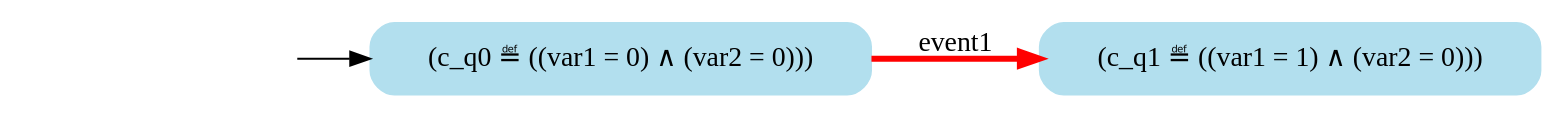
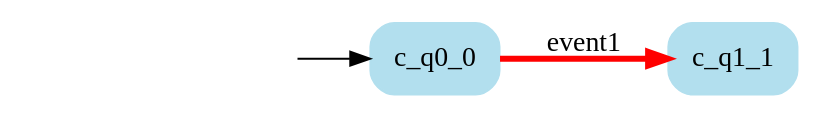
The diagram in resources/outputs/simple/default/uua4.dot (stratosphr/Stratest), drawn with Graphviz before and after one commit. The commit also changed 642 other files, not shown here.

```diff
--- a/resources/outputs/simple/default/uua4.dot
+++ b/resources/outputs/simple/default/uua4.dot
@@ -1,15 +1,15 @@
 digraph G {
 
 	rankdir = LR;
 
 	start_c_q0_0[style=invisible];
 
 	node[shape=box, style="rounded, filled", color=lightblue2];
 
-	c_q1_1[label="(c_q1 ≝ ((var1 = 1) ∧ (var2 = 0)))"];
-	c_q0_0[label="(c_q0 ≝ ((var1 = 0) ∧ (var2 = 0)))"];
+	c_q1_1[label="c_q1_1"];
+	c_q0_0[label="c_q0_0"];
 
 	start_c_q0_0 -> c_q0_0;
 	c_q0_0 -> c_q1_1[label="event1", penwidth=3, color=red];
 
 }
```
